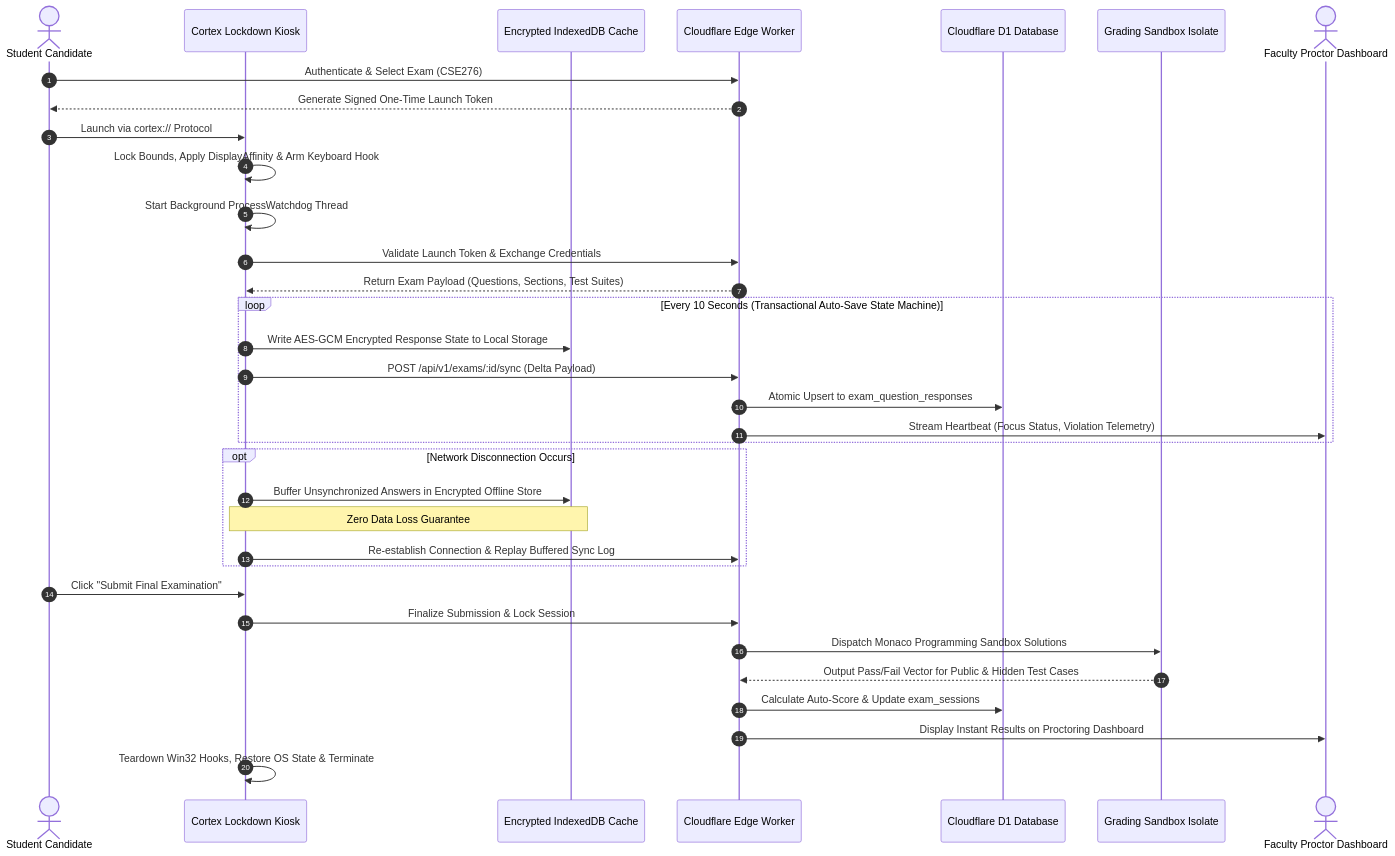
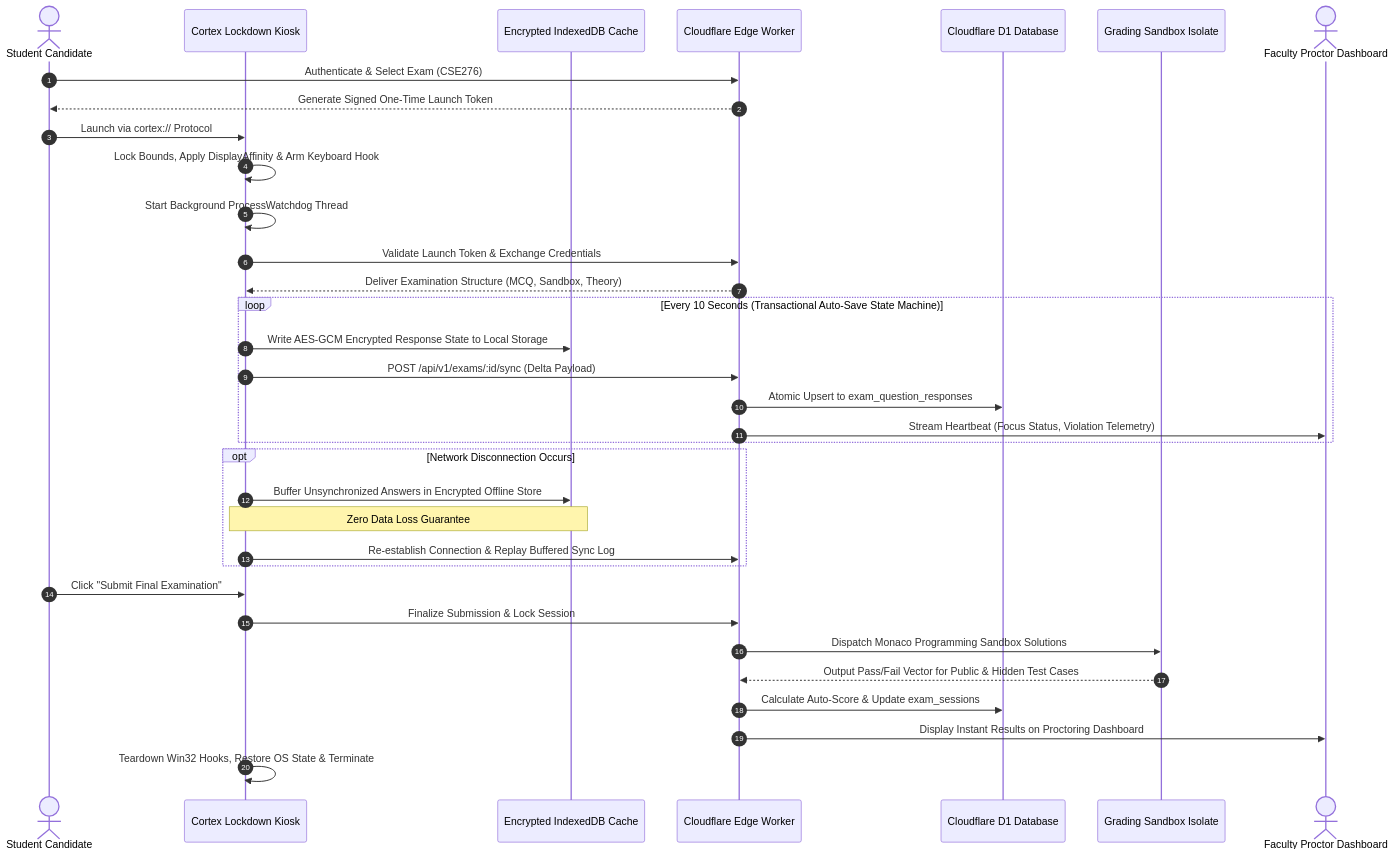
Before and after one commit to shivampatilck-1010/cortex-code-platform: the fourth of 4 diagrams in README.md, drawn with Mermaid. The commit also changed other lines of this file and 3 other files, not shown here.

Commit message:
docs: Expand README with exhaustive 8-pillar architecture, classroom virtual labs, and student project teams studio

````diff
--- a/README.md
+++ b/README.md
@@ -136,40 +229,40 @@
 ```mermaid
 sequenceDiagram
     autonumber
     actor Student as Student Candidate
     participant Kiosk as Cortex Lockdown Kiosk
     participant Cache as Encrypted IndexedDB Cache
     participant Gateway as Cloudflare Edge Worker
     participant DB as Cloudflare D1 Database
     participant Runner as Grading Sandbox Isolate
     actor Proctor as Faculty Proctor Dashboard
 
     Student->>Gateway: Authenticate & Select Exam (CSE276)
     Gateway-->>Student: Generate Signed One-Time Launch Token
     Student->>Kiosk: Launch via cortex:// Protocol
     Kiosk->>Kiosk: Lock Bounds, Apply DisplayAffinity & Arm Keyboard Hook
     Kiosk->>Kiosk: Start Background ProcessWatchdog Thread
     Kiosk->>Gateway: Validate Launch Token & Exchange Credentials
-    Gateway-->>Kiosk: Return Exam Payload (Questions, Sections, Test Suites)
+    Gateway-->>Kiosk: Deliver Examination Structure (MCQ, Sandbox, Theory)
 
     loop Every 10 Seconds (Transactional Auto-Save State Machine)
         Kiosk->>Cache: Write AES-GCM Encrypted Response State to Local Storage
         Kiosk->>Gateway: POST /api/v1/exams/:id/sync (Delta Payload)
         Gateway->>DB: Atomic Upsert to exam_question_responses
         Gateway->>Proctor: Stream Heartbeat (Focus Status, Violation Telemetry)
     end
 
     opt Network Disconnection Occurs
         Kiosk->>Cache: Buffer Unsynchronized Answers in Encrypted Offline Store
         Note over Kiosk,Cache: Zero Data Loss Guarantee
         Kiosk->>Gateway: Re-establish Connection & Replay Buffered Sync Log
     end
 
     Student->>Kiosk: Click "Submit Final Examination"
     Kiosk->>Gateway: Finalize Submission & Lock Session
     Gateway->>Runner: Dispatch Monaco Programming Sandbox Solutions
     Runner-->>Gateway: Output Pass/Fail Vector for Public & Hidden Test Cases
     Gateway->>DB: Calculate Auto-Score & Update exam_sessions
     Gateway->>Proctor: Display Instant Results on Proctoring Dashboard
     Kiosk->>Kiosk: Teardown Win32 Hooks, Restore OS State & Terminate
 ```
````
